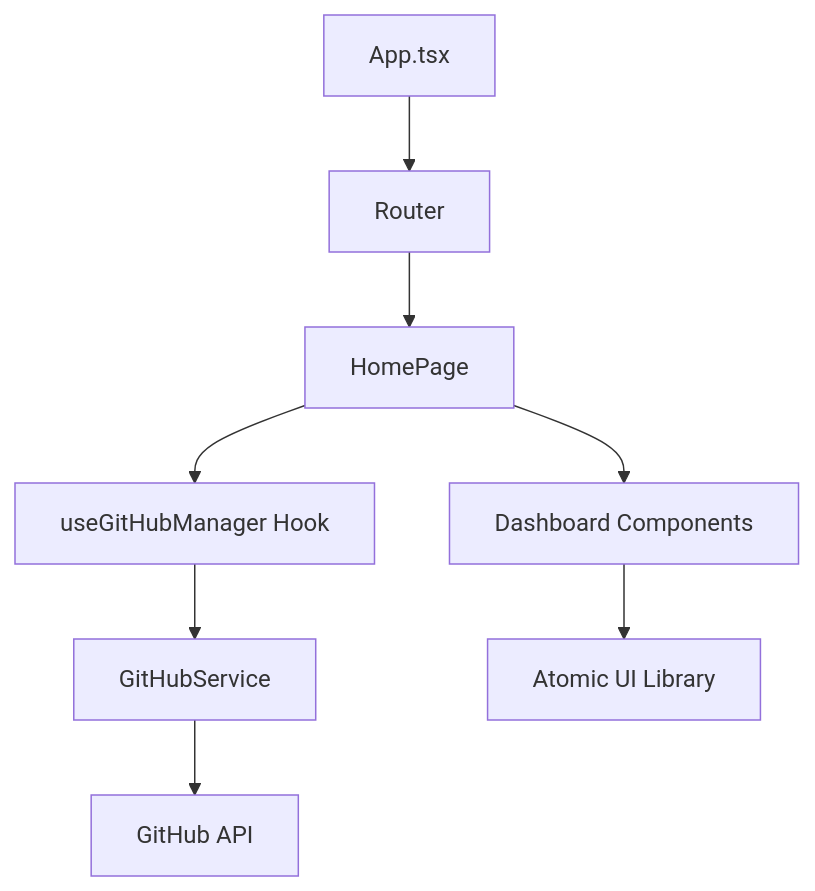
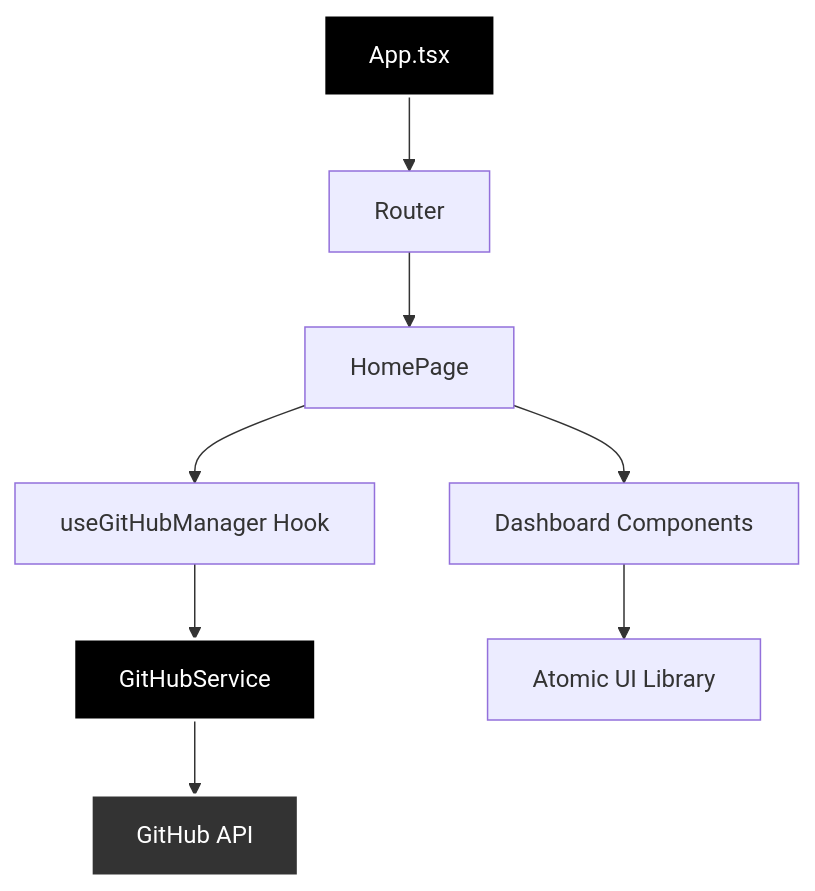
Before and after one commit to ArshVermaGit/github-followers-manager: the diagram in README.md, drawn with Mermaid. The commit also changed other lines of this file, not shown here.

````diff
--- a/README.md
+++ b/README.md
@@ -48,10 +66,13 @@
 ```mermaid
 graph TD
     A[App.tsx] --> B[Router]
     B --> C[HomePage]
     C --> F[useGitHubManager Hook]
     F --> G[GitHubService]
     G --> H[GitHub API]
     C --> I[Dashboard Components]
     I --> J[Atomic UI Library]
+    style A fill:#000,stroke:#fff,stroke-width:2px,color:#fff
+    style G fill:#000,stroke:#fff,stroke-width:2px,color:#fff
+    style H fill:#333,stroke:#fff,stroke-width:2px,color:#fff
 ```
````
